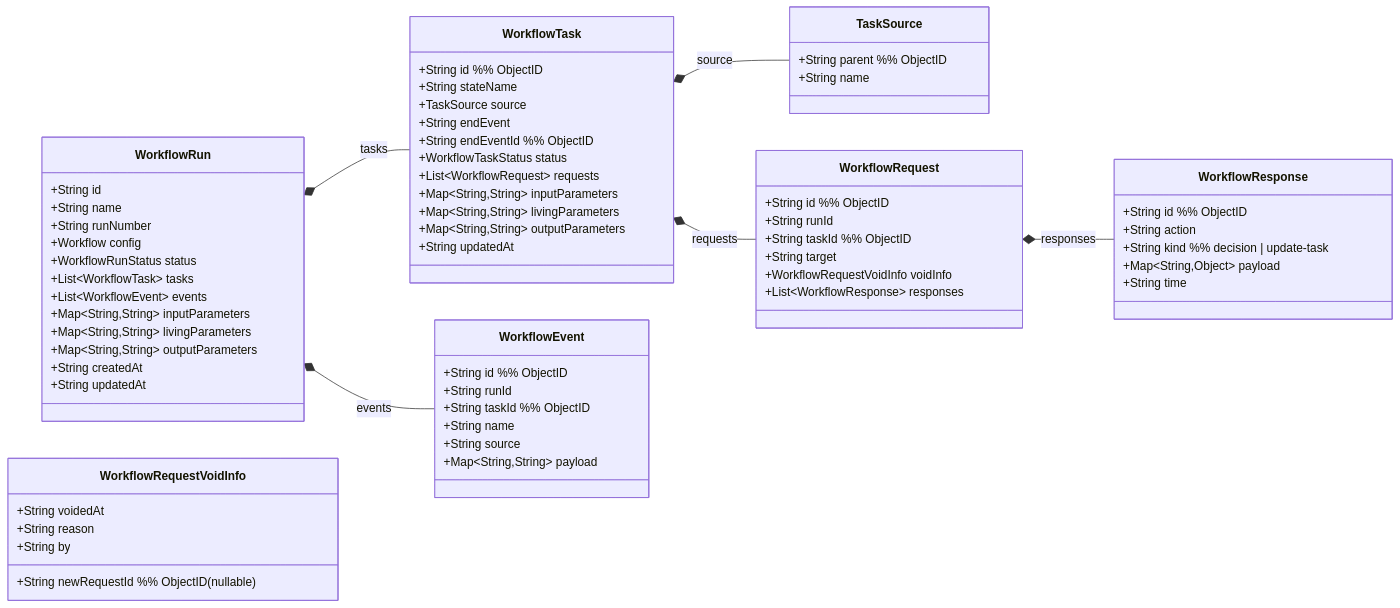
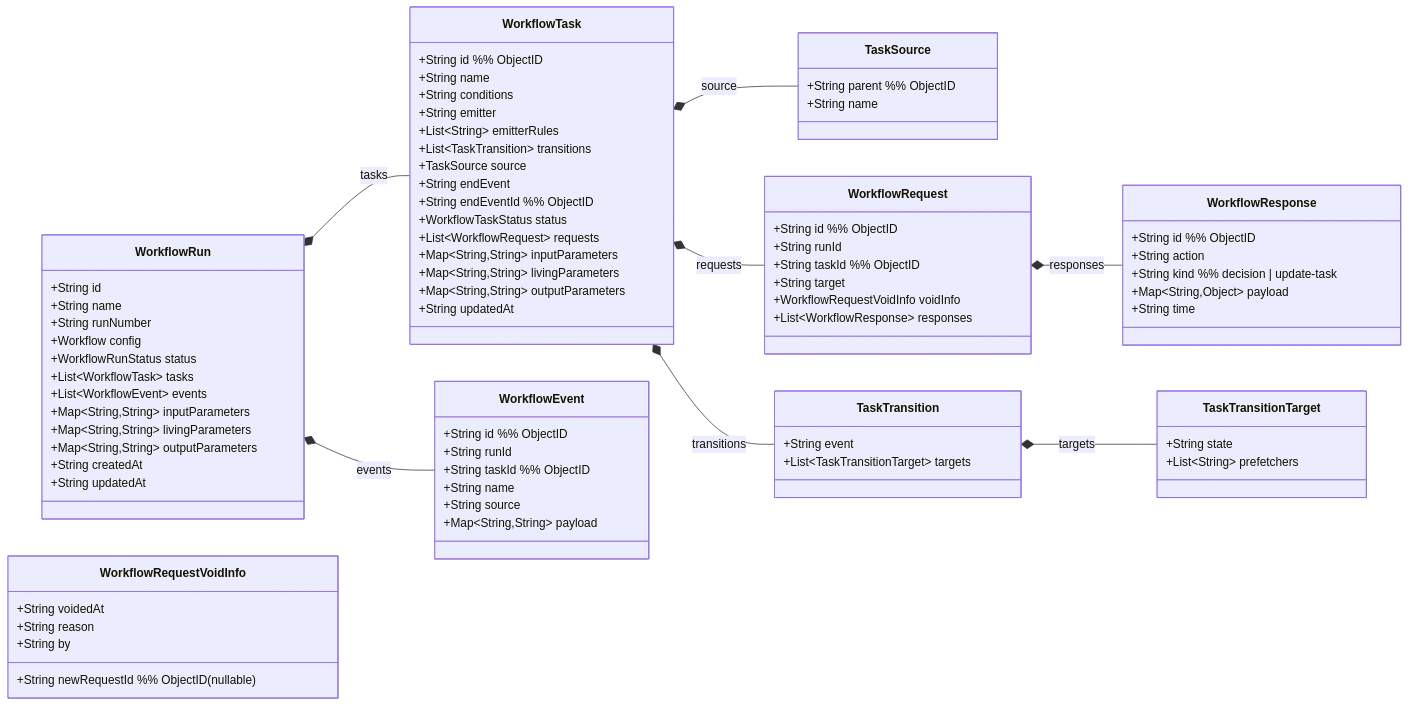
One commit to lchrennew/es-workflow changed the first of 8 diagrams in docs/design/20-runtime-domain.md. Above: the diagram before and after it, drawn with Mermaid. The commit also changed other lines of this file and 4 other files, not shown here.

````diff
--- a/docs/design/20-runtime-domain.md
+++ b/docs/design/20-runtime-domain.md
@@ -40,7 +40,11 @@
 
 class WorkflowTask {
   +String id  %% ObjectID
-  +String stateName
+  +String name
+  +String conditions
+  +String emitter
+  +List~String~ emitterRules
+  +List~TaskTransition~ transitions
   +TaskSource source
   +String endEvent
   +String endEventId  %% ObjectID
@@ -55,6 +59,16 @@
 class TaskSource {
   +String parent  %% ObjectID
   +String name
+}
+
+class TaskTransition {
+  +String event
+  +List~TaskTransitionTarget~ targets
+}
+
+class TaskTransitionTarget {
+  +String state
+  +List~String~ prefetchers
 }
 
 class WorkflowRequest {
@@ -95,4 +109,6 @@
 WorkflowRequest *-- WorkflowResponse : responses
 WorkflowRun *-- WorkflowEvent : events
 WorkflowTask *-- TaskSource : source
+WorkflowTask *-- TaskTransition : transitions
+TaskTransition *-- TaskTransitionTarget : targets
 ```
````
